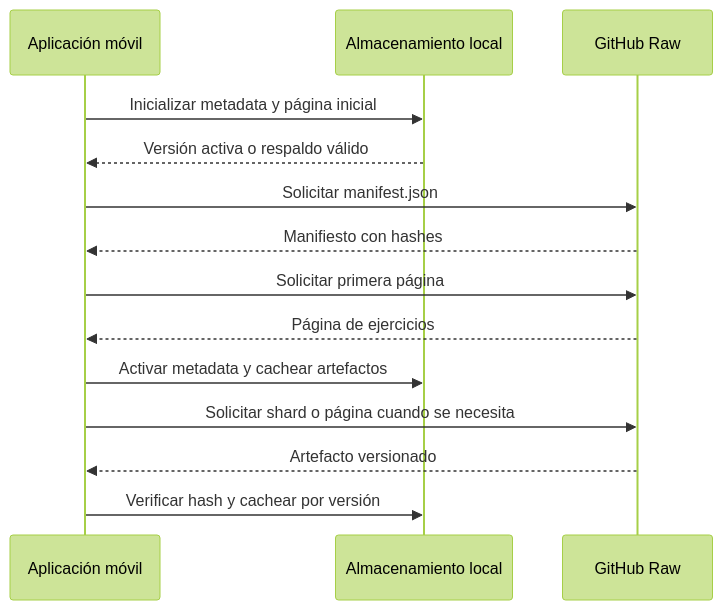
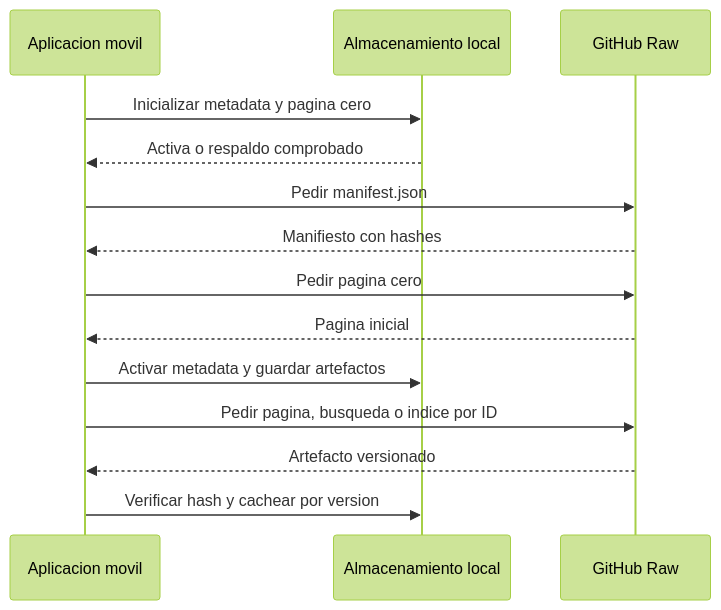
One commit to maximofn/gymnasia changed the second of 2 diagrams in openwiki/content/repositories.md. Above: the diagram before and after it, drawn with Mermaid (forest theme). The commit also changed other lines of this file and 54 other files, not shown here.

````diff
--- a/openwiki/content/repositories.md
+++ b/openwiki/content/repositories.md
@@ -119,16 +120,16 @@
 ```mermaid
 sequenceDiagram
-    participant Mobile as Aplicación móvil
-    participant Storage as Almacenamiento local
+    participant App as Aplicacion movil
+    participant Store as Almacenamiento local
     participant Raw as GitHub Raw
-    Mobile->>Storage: Inicializar metadata y página inicial
-    Storage-->>Mobile: Versión activa o respaldo válido
-    Mobile->>Raw: Solicitar manifest.json
-    Raw-->>Mobile: Manifiesto con hashes
-    Mobile->>Raw: Solicitar primera página
-    Raw-->>Mobile: Página de ejercicios
-    Mobile->>Storage: Activar metadata y cachear artefactos
-    Mobile->>Raw: Solicitar shard o página cuando se necesita
-    Raw-->>Mobile: Artefacto versionado
-    Mobile->>Storage: Verificar hash y cachear por versión
+    App->>Store: Inicializar metadata y pagina cero
+    Store-->>App: Activa o respaldo comprobado
+    App->>Raw: Pedir manifest.json
+    Raw-->>App: Manifiesto con hashes
+    App->>Raw: Pedir pagina cero
+    Raw-->>App: Pagina inicial
+    App->>Store: Activar metadata y guardar artefactos
+    App->>Raw: Pedir pagina, busqueda o indice por ID
+    Raw-->>App: Artefacto versionado
+    App->>Store: Verificar hash y cachear por version
 ```
````
